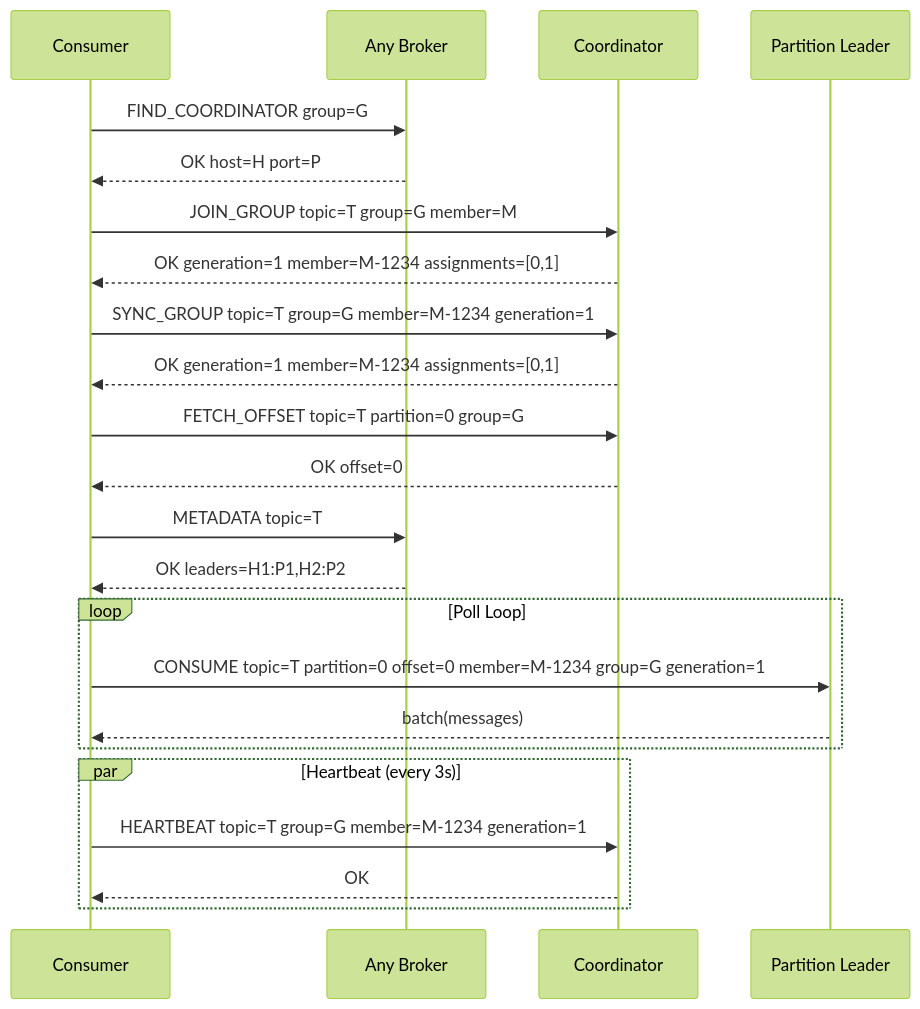
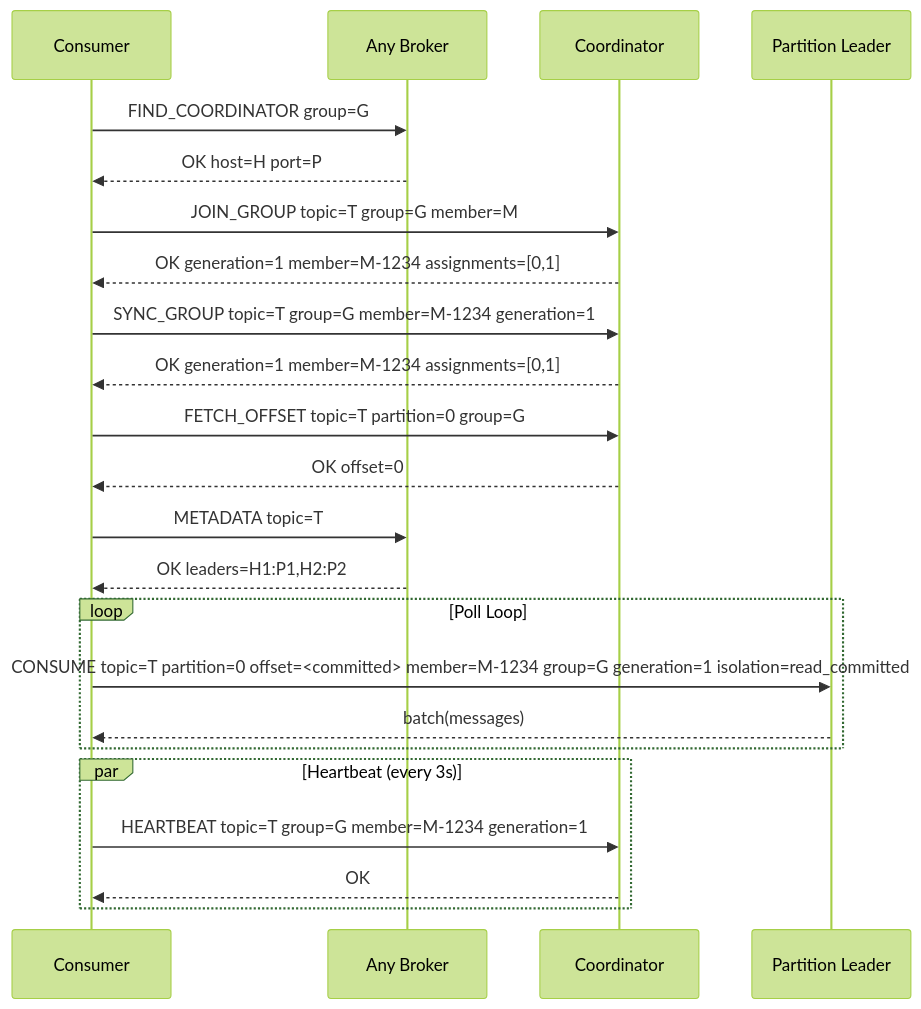
Before and after one commit to cursus-io/cursus: the second of 3 diagrams in docs/cluster-consumer.md, drawn with Mermaid (forest theme). The commit also changed other lines of this file and 58 other files, not shown here.

````diff
--- a/docs/cluster-consumer.md
+++ b/docs/cluster-consumer.md
@@ -66,32 +66,32 @@
 ```mermaid
 sequenceDiagram
     participant C as Consumer
     participant B as Any Broker
     participant CO as Coordinator
     participant PL as Partition Leader
 
     C->>B: FIND_COORDINATOR group=G
     B-->>C: OK host=H port=P
 
     C->>CO: JOIN_GROUP topic=T group=G member=M
     CO-->>C: OK generation=1 member=M-1234 assignments=[0,1]
 
     C->>CO: SYNC_GROUP topic=T group=G member=M-1234 generation=1
     CO-->>C: OK generation=1 member=M-1234 assignments=[0,1]
 
     C->>CO: FETCH_OFFSET topic=T partition=0 group=G
     CO-->>C: OK offset=0
 
     C->>B: METADATA topic=T
     B-->>C: OK leaders=H1:P1,H2:P2
 
     loop Poll Loop
-        C->>PL: CONSUME topic=T partition=0 offset=0 member=M-1234 group=G generation=1
+        C->>PL: CONSUME topic=T partition=0 offset=<committed> member=M-1234 group=G generation=1 isolation=read_committed
         PL-->>C: batch(messages)
     end
 
     par Heartbeat (every 3s)
         C->>CO: HEARTBEAT topic=T group=G member=M-1234 generation=1
         CO-->>C: OK
     end
 ```
````
